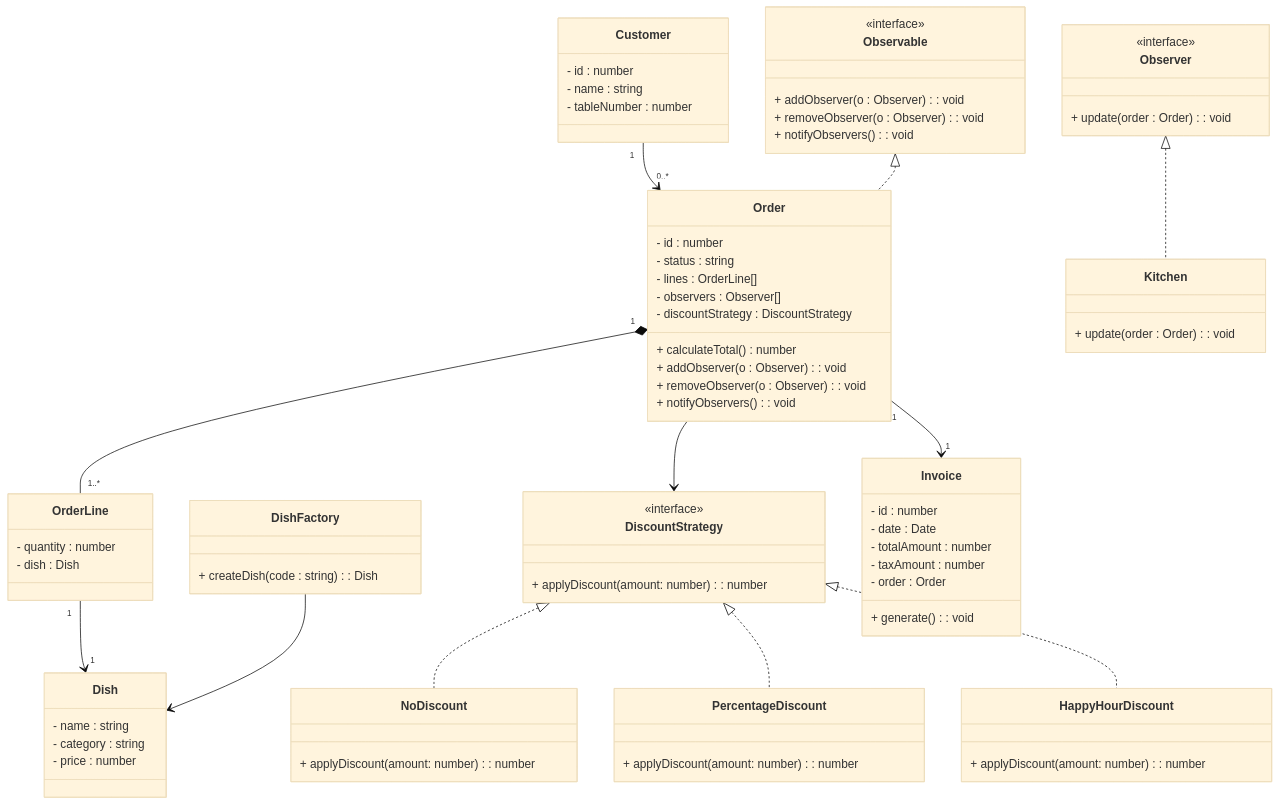
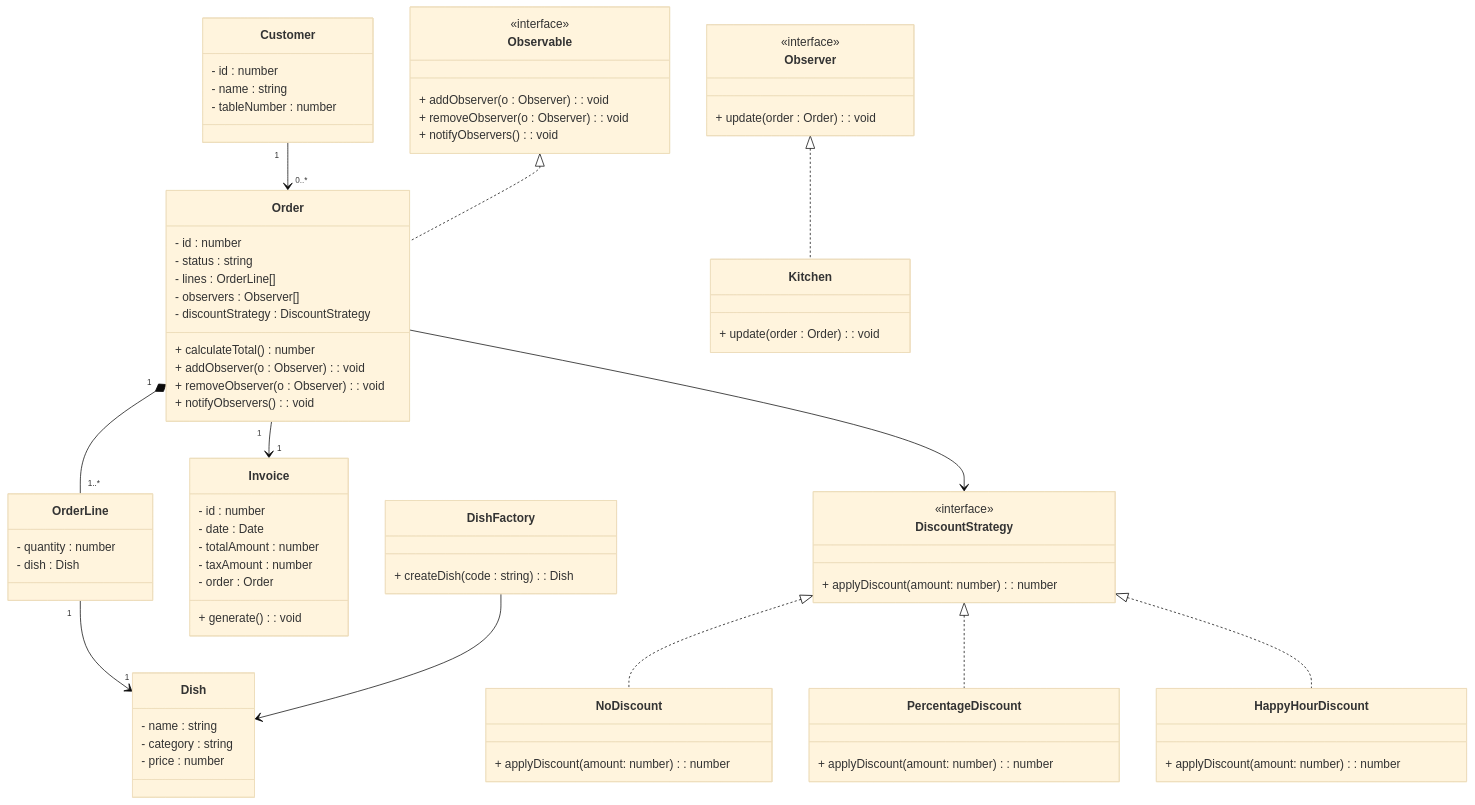
One commit to Marjo14/Exo-marre changed the diagram in Commande-Restaurant/commande-restaurant.md. Above: the diagram before and after it, drawn with Mermaid (base theme). The commit also changed other lines of this file, not shown here.

````diff
--- a/Commande-Restaurant/commande-restaurant.md
+++ b/Commande-Restaurant/commande-restaurant.md
@@ -10,5 +7,8 @@
  ```mermaid
+
 classDiagram
+
+%% --------- Domain model ---------
 class Order {
   - id : number
   - status : string
@@ -25,21 +25,34 @@
   - quantity : number
   - dish : Dish
 }
+
 class Dish {
   - name : string
   - category : string
   - price : number
 }
+
 class Customer {
   - id : number
   - name : string
   - tableNumber : number
 }
 
+class Invoice {
+  - id : number
+  - date : Date
+  - totalAmount : number
+  - taxAmount : number
+  - order : Order
+  + generate() : void
+}
+
+%% --------- Factory ---------
 class DishFactory {
   + createDish(code : string) : Dish
 }
 
+%% --------- Strategy ---------
 class DiscountStrategy {
   <<interface>>
   + applyDiscount(amount: number) : number
@@ -53,24 +66,11 @@
   + applyDiscount(amount: number) : number
 }
 
-class HappyHourDiscount{
+class HappyHourDiscount {
   + applyDiscount(amount: number) : number
 }
 
-class Invoice {
-  - id : number
-  - date : Date
-  - totalAmount : number
-  - taxAmount : number
-  - order : Order
-  + generate() : void
-}
-
-class Kitchen {
-  + update(order : Order) : void
-}
-
-
+%% --------- Observer ---------
 class Observable {
   <<interface>>
   + addObserver(o : Observer) : void
@@ -83,17 +83,28 @@
   + update(order : Order) : void
 }
 
+class Kitchen {
+  + update(order : Order) : void
+}
+
+%% --------- Relations ---------
 Customer "1" --> "0..*" Order
 Order "1" *-- "1..*" OrderLine
 OrderLine "1" --> "1" Dish
+
+Order "1" --> "1" Invoice
+
 DishFactory --> Dish
+
 Order --> DiscountStrategy
 DiscountStrategy <|.. NoDiscount
 DiscountStrategy <|.. PercentageDiscount
 DiscountStrategy <|.. HappyHourDiscount
+
 Observable <|.. Order
 Observer <|.. Kitchen
-Order "1" --> "1" Invoice
+
+
 
 
 ```
````
